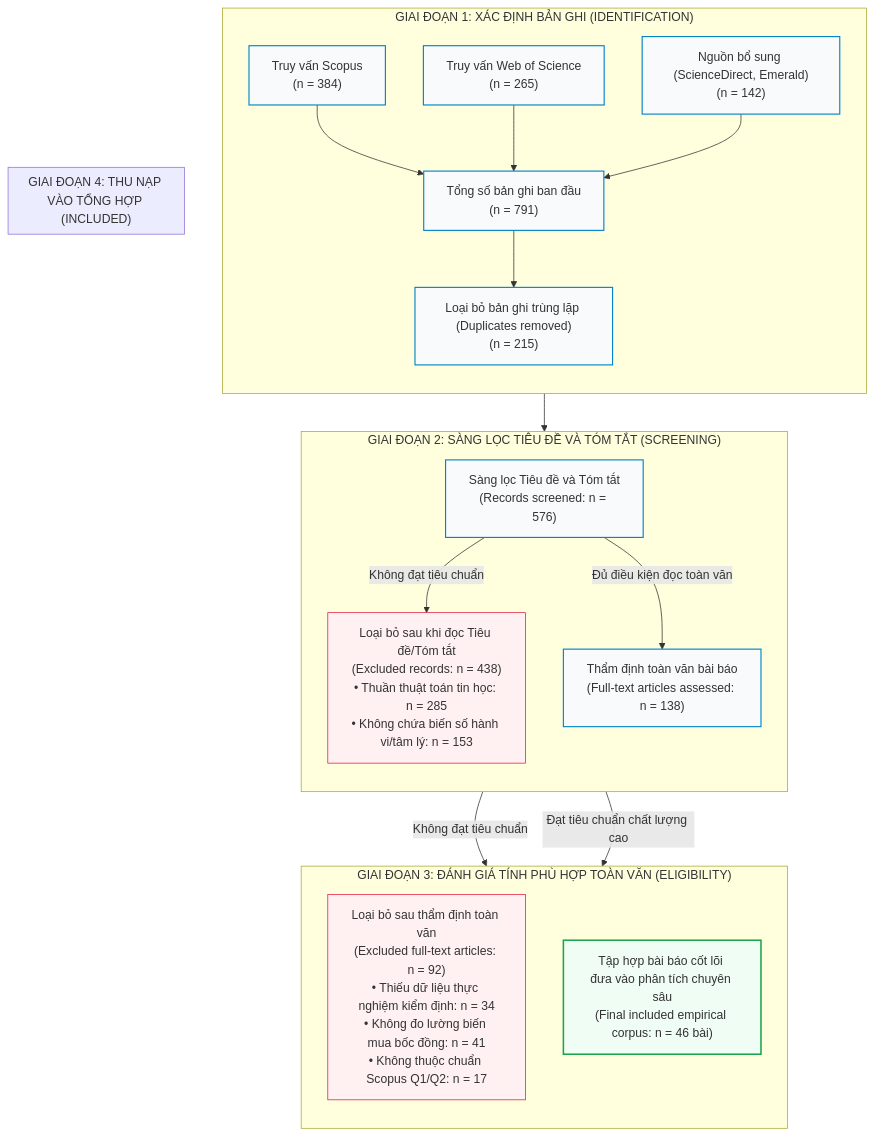
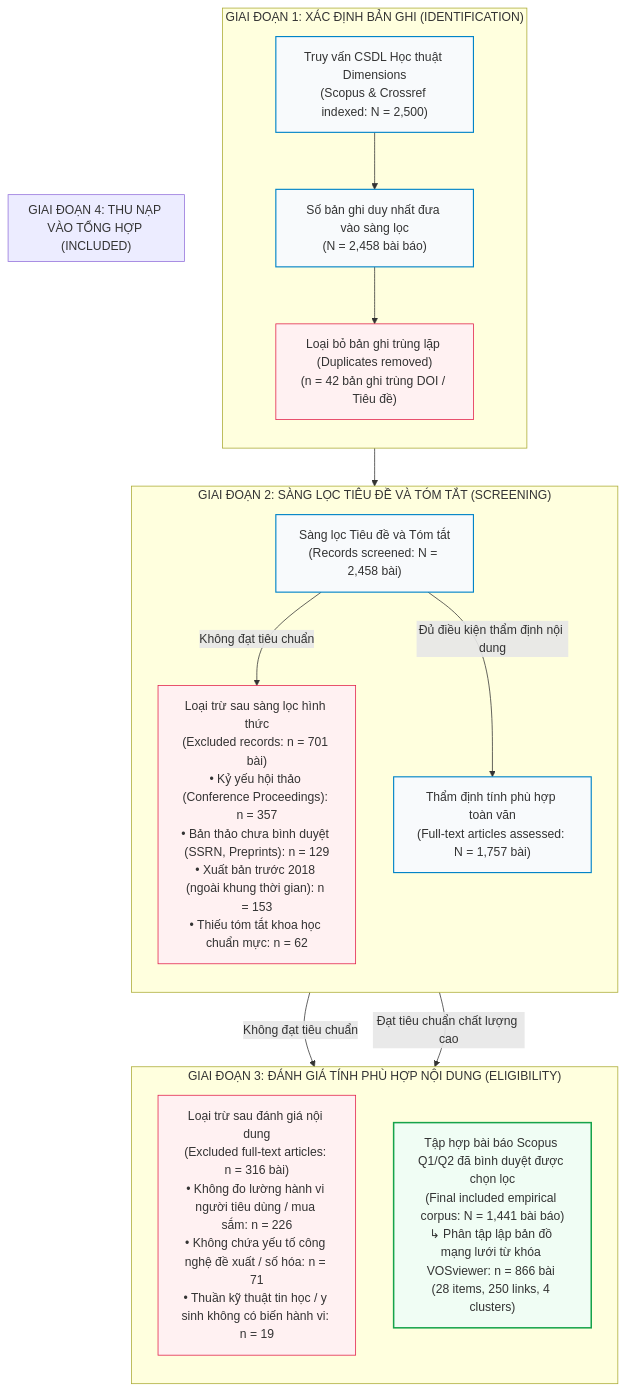
The first of 2 diagrams in docs/prisma_2020_protocol.md (hailp1/PhD_Skill), drawn with Mermaid before and after one commit. The commit also changed other lines of this file, not shown here.

Commit message:
fix(prisma): synchronize prisma_2020_protocol.md with exact empirical numbers (2500 -> 2458 -> 1757 -> 1441 included, 866 co-occurrence)

````diff
--- a/docs/prisma_2020_protocol.md
+++ b/docs/prisma_2020_protocol.md
@@ -69,42 +69,41 @@
 ```mermaid
 flowchart TD
     subgraph S1 ["GIAI ĐOẠN 1: XÁC ĐỊNH BẢN GHI (IDENTIFICATION)"]
         direction TB
-        A1["Truy vấn Scopus<br/>(n = 384)"]
-        A2["Truy vấn Web of Science<br/>(n = 265)"]
-        A3["Nguồn bổ sung (ScienceDirect, Emerald)<br/>(n = 142)"]
+        A1["Truy vấn CSDL Học thuật Dimensions<br/>(Scopus & Crossref indexed: N = 2,500)"]
+        A2["Loại bỏ bản ghi trùng lặp (Duplicates removed)<br/>(n = 42 bản ghi trùng DOI / Tiêu đề)"]
         
-        A1 & A2 & A3 --> Total["Tổng số bản ghi ban đầu<br/>(n = 791)"]
-        Total --> Dup["Loại bỏ bản ghi trùng lặp (Duplicates removed)<br/>(n = 215)"]
+        A1 --> Total["Số bản ghi duy nhất đưa vào sàng lọc<br/>(N = 2,458 bài báo)"]
+        Total --> A2
     end
 
     subgraph S2 ["GIAI ĐOẠN 2: SÀNG LỌC TIÊU ĐỀ VÀ TÓM TẮT (SCREENING)"]
         direction TB
-        B1["Sàng lọc Tiêu đề và Tóm tắt<br/>(Records screened: n = 576)"]
-        B2["Loại bỏ sau khi đọc Tiêu đề/Tóm tắt<br/>(Excluded records: n = 438)<br/>• Thuần thuật toán tin học: n = 285<br/>• Không chứa biến số hành vi/tâm lý: n = 153"]
-        Dup --> B1
+        B1["Sàng lọc Tiêu đề và Tóm tắt<br/>(Records screened: N = 2,458 bài)"]
+        B2["Loại trừ sau sàng lọc hình thức<br/>(Excluded records: n = 701 bài)<br/>• Kỷ yếu hội thảo (Conference Proceedings): n = 357<br/>• Bản thảo chưa bình duyệt (SSRN, Preprints): n = 129<br/>• Xuất bản trước 2018 (ngoài khung thời gian): n = 153<br/>• Thiếu tóm tắt khoa học chuẩn mực: n = 62"]
+        A2 --> B1
         B1 -->|Không đạt tiêu chuẩn| B2
-        B1 -->|Đủ điều kiện đọc toàn văn| C1
+        B1 -->|Đủ điều kiện thẩm định nội dung| C1
     end
 
-    subgraph S3 ["GIAI ĐOẠN 3: ĐÁNH GIÁ TÍNH PHÙ HỢP TOÀN VĂN (ELIGIBILITY)"]
+    subgraph S3 ["GIAI ĐOẠN 3: ĐÁNH GIÁ TÍNH PHÙ HỢP NỘI DUNG (ELIGIBILITY)"]
         direction TB
-        C1["Thẩm định toàn văn bài báo<br/>(Full-text articles assessed: n = 138)"]
-        C2["Loại bỏ sau thẩm định toàn văn<br/>(Excluded full-text articles: n = 92)<br/>• Thiếu dữ liệu thực nghiệm kiểm định: n = 34<br/>• Không đo lường biến mua bốc đồng: n = 41<br/>• Không thuộc chuẩn Scopus Q1/Q2: n = 17"]
+        C1["Thẩm định tính phù hợp toàn văn<br/>(Full-text articles assessed: N = 1,757 bài)"]
+        C2["Loại trừ sau đánh giá nội dung<br/>(Excluded full-text articles: n = 316 bài)<br/>• Không đo lường hành vi người tiêu dùng / mua sắm: n = 226<br/>• Không chứa yếu tố công nghệ đề xuất / số hóa: n = 71<br/>• Thuần kỹ thuật tin học / y sinh không có biến hành vi: n = 19"]
         C1 -->|Không đạt tiêu chuẩn| C2
         C1 -->|Đạt tiêu chuẩn chất lượng cao| D1
     end
 
     subgraph S4 ["GIAI ĐOẠN 4: THU NẠP VÀO TỔNG HỢP (INCLUDED)"]
         direction TB
-        D1["Tập hợp bài báo cốt lõi đưa vào phân tích chuyên sâu<br/>(Final included empirical corpus: n = 46 bài)"]
+        D1["Tập hợp bài báo Scopus Q1/Q2 đã bình duyệt được chọn lọc<br/>(Final included empirical corpus: N = 1,441 bài báo)<br/>↳ Phân tập lập bản đồ mạng lưới từ khóa VOSviewer: n = 866 bài (28 items, 250 links, 4 clusters)"]
     end
 
     classDef stage fill:#f8fafc,stroke:#0284c7,stroke-width:1.5px;
     classDef final fill:#f0fdf4,stroke:#16a34a,stroke-width:2px;
     classDef ex fill:#fff1f2,stroke:#e11d48,stroke-width:1px;
 
-    class A1,A2,A3,Total,Dup,B1,C1 stage;
-    class B2,C2 ex;
+    class A1,Total,B1,C1 stage;
+    class A2,B2,C2 ex;
     class D1 final;
 ```
````
